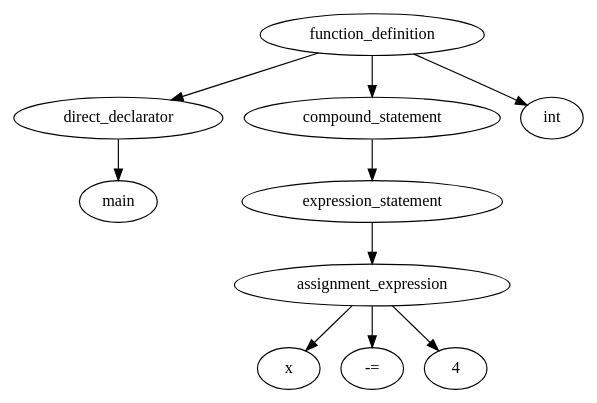
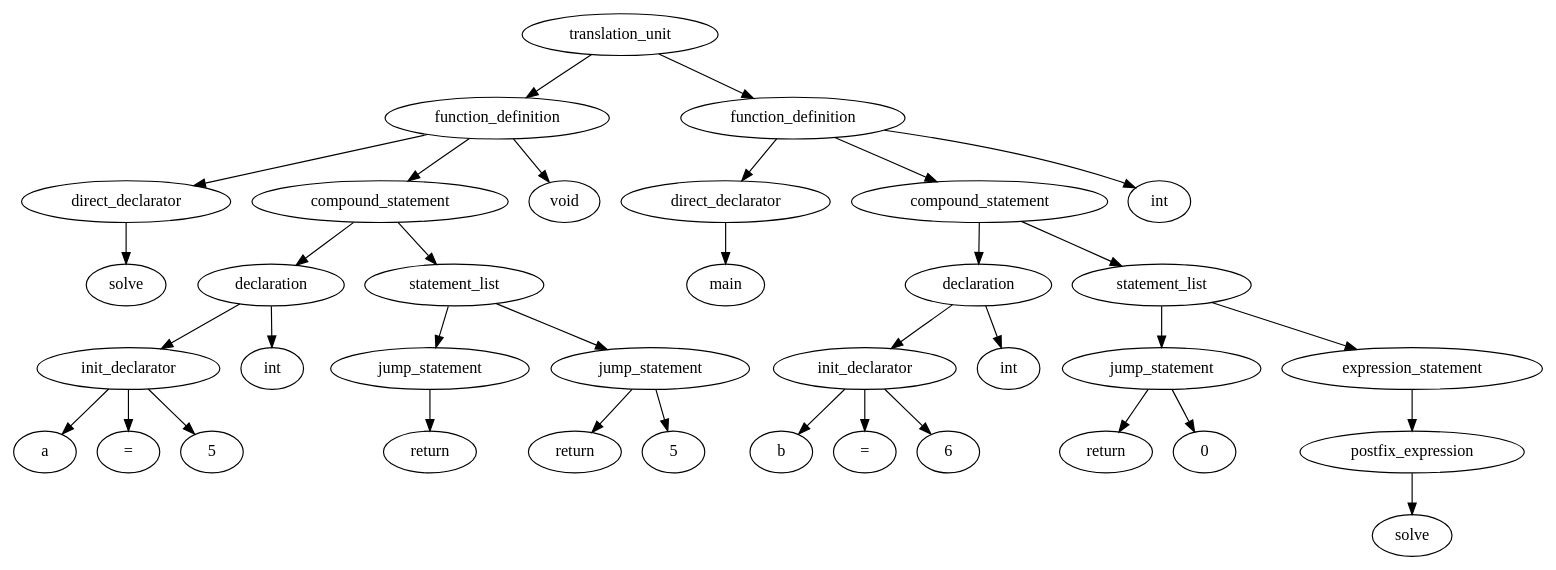
Before and after one commit to govarun/compiler-project: the diagram in graph1.dot, drawn with Graphviz. The commit also changed 4 other files, not shown here.

```diff
--- a/graph1.dot
+++ b/graph1.dot
@@ -1,21 +1,73 @@
 digraph ethane {
 1[label="direct_declarator"]
-2[label="main"]
+2[label="solve"]
 1 -> 2
-3[label="assignment_expression"]
-4[label="x"]
+3[label="init_declarator"]
+4[label="a"]
 3 -> 4
-5[label="-="]
+5[label="="]
 3 -> 5
-6[label="4"]
+6[label="5"]
 3 -> 6
-7[label="expression_statement"]
+7[label="declaration"]
+8[label="int"]
+7 -> 8
 7 -> 3
-8[label="compound_statement"]
-8 -> 7
-9[label="function_definition"]
-10[label="int"]
+9[label="jump_statement"]
+10[label="return"]
 9 -> 10
-9 -> 1
-9 -> 8
+11[label="jump_statement"]
+12[label="return"]
+11 -> 12
+13[label="5"]
+11 -> 13
+14[label="statement_list"]
+14 -> 9
+14 -> 11
+15[label="compound_statement"]
+15 -> 7
+15 -> 14
+16[label="function_definition"]
+17[label="void"]
+16 -> 17
+16 -> 1
+16 -> 15
+18[label="direct_declarator"]
+19[label="main"]
+18 -> 19
+20[label="init_declarator"]
+21[label="b"]
+20 -> 21
+22[label="="]
+20 -> 22
+23[label="6"]
+20 -> 23
+24[label="declaration"]
+25[label="int"]
+24 -> 25
+24 -> 20
+26[label="jump_statement"]
+27[label="return"]
+26 -> 27
+28[label="0"]
+26 -> 28
+29[label="postfix_expression"]
+30[label="solve"]
+29 -> 30
+31[label="expression_statement"]
+31 -> 29
+32[label="statement_list"]
+32 -> 26
+32 -> 31
+33[label="compound_statement"]
+33 -> 24
+33 -> 32
+34[label="function_definition"]
+35[label="int"]
+34 -> 35
+34 -> 18
+34 -> 33
+36[label="translation_unit"]
+36 -> 16
+36 -> 34
 }
```
